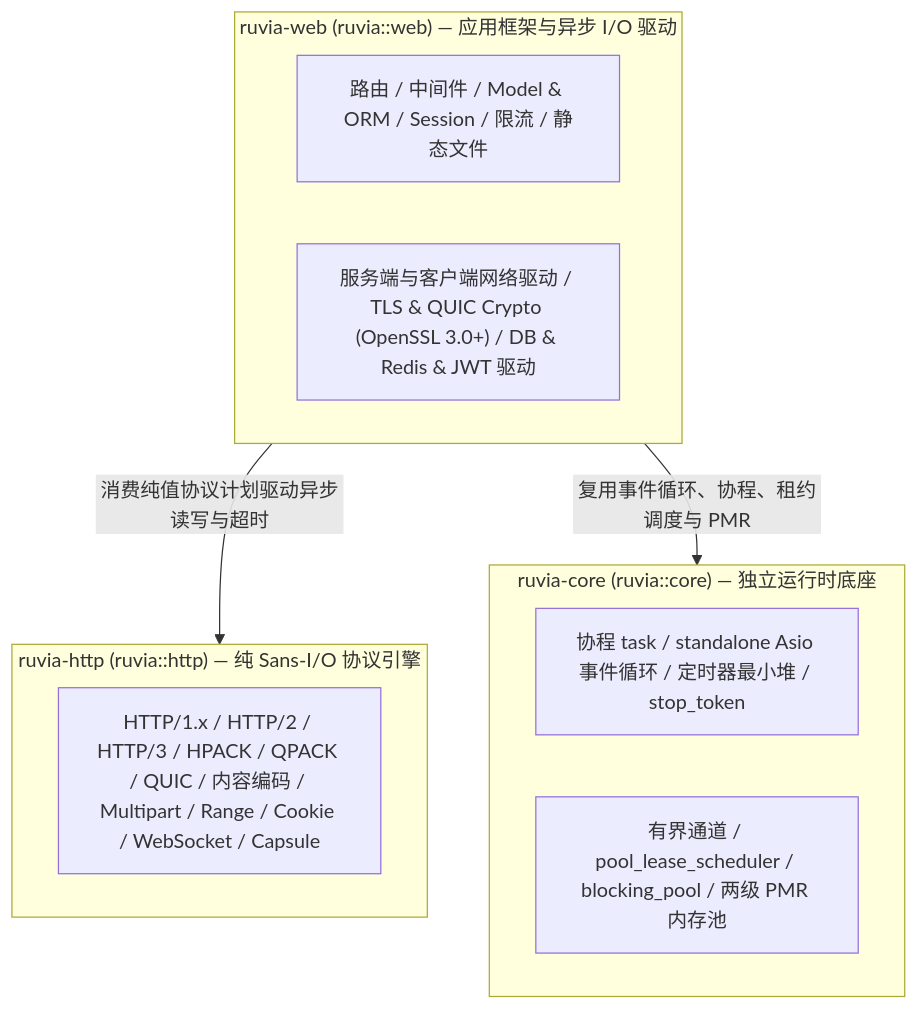
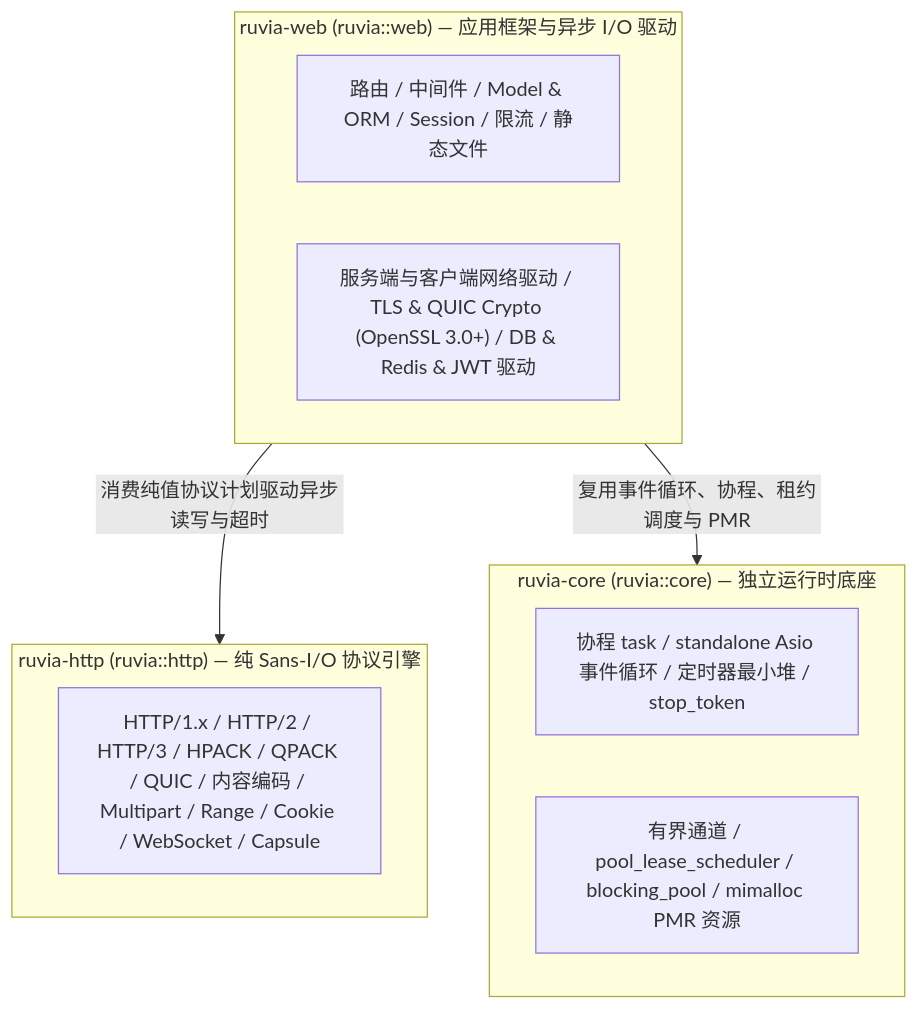
The first of 4 diagrams in AGENTS.md (hyird/Ruvia), drawn with Mermaid before and after one commit. The commit also changed other lines of this file and 12 other files, not shown here.

````diff
--- a/AGENTS.md
+++ b/AGENTS.md
@@ -26,17 +26,17 @@
 ```mermaid
 flowchart TB
     subgraph web ["ruvia-web (ruvia::web) — 应用框架与异步 I/O 驱动"]
         w_app["路由 / 中间件 / Model & ORM / Session / 限流 / 静态文件"]
         w_io["服务端与客户端网络驱动 / TLS & QUIC Crypto (OpenSSL 3.0+) / DB & Redis & JWT 驱动"]
     end
     subgraph core ["ruvia-core (ruvia::core) — 独立运行时底座"]
         c_rt["协程 task / standalone Asio 事件循环 / 定时器最小堆 / stop_token"]
-        c_pool["有界通道 / pool_lease_scheduler / blocking_pool / 两级 PMR 内存池"]
+        c_pool["有界通道 / pool_lease_scheduler / blocking_pool / mimalloc PMR 资源"]
     end
     subgraph http ["ruvia-http (ruvia::http) — 纯 Sans-I/O 协议引擎"]
         h_proto["HTTP/1.x / HTTP/2 / HTTP/3 / HPACK / QPACK / QUIC / 内容编码 / Multipart / Range / Cookie / WebSocket / Capsule"]
     end
 
     web -->|"消费纯值协议计划驱动异步读写与超时"| http
     web -->|"复用事件循环、协程、租约调度与 PMR"| core
 ```
````
